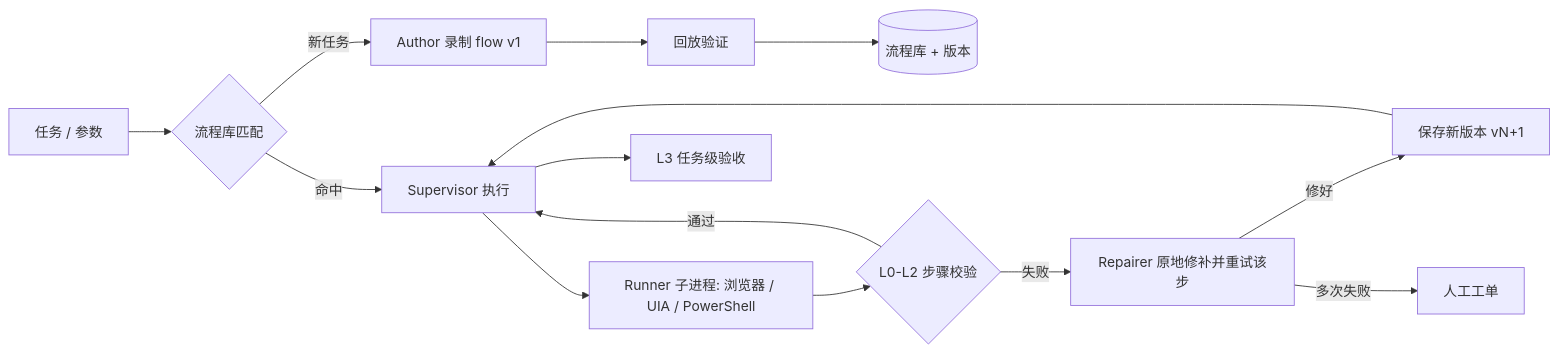
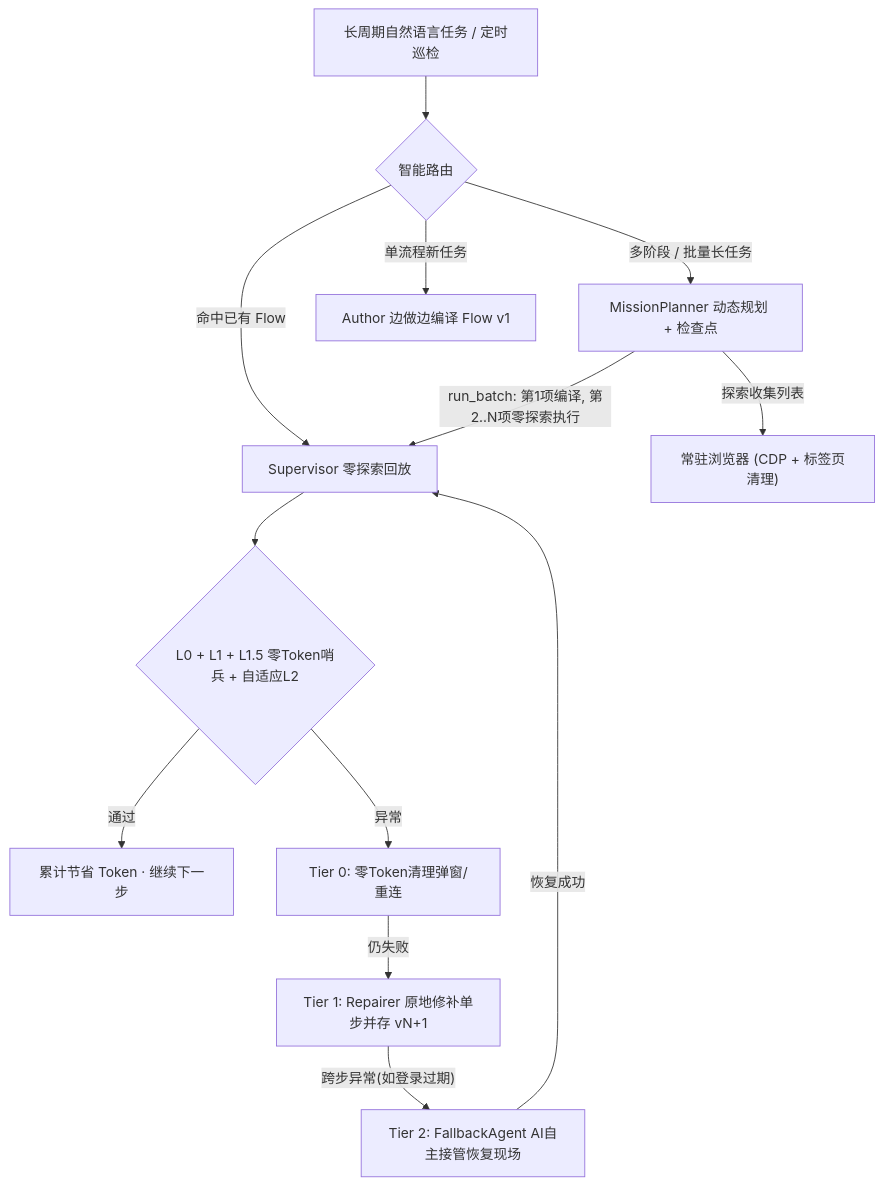
The diagram in README.md (yyy8080/cuaflow), drawn with Mermaid before and after one commit. The commit also changed other lines of this file and 44 other files, not shown here.

First line of the commit message:
Add autonomous long-horizon MissionPlanner, token-saving batch skill compilation, L1.5 Sentinel, Tier-2 Fallback, and continuous schedules

````diff
--- a/README.md
+++ b/README.md
@@ -11,14 +16,15 @@
 ```mermaid
-flowchart LR
-  U["任务 / 参数"] --> M{"流程库匹配"}
-  M -- "新任务" --> A["Author 录制 flow v1"]
-  M -- "命中" --> S["Supervisor 执行"]
-  A --> V["回放验证"] --> L[("流程库 + 版本")]
-  S --> R["Runner 子进程: 浏览器 / UIA / PowerShell"]
-  R --> C{"L0-L2 步骤校验"}
-  C -- "通过" --> S
-  C -- "失败" --> F["Repairer 原地修补并重试该步"]
-  F -- "修好" --> N["保存新版本 vN+1"] --> S
-  F -- "多次失败" --> T["人工工单"]
-  S --> J["L3 任务级验收"]
+flowchart TD
+  U["长周期自然语言任务 / 定时巡检"] --> RT{"智能路由"}
+  RT -- "命中已有 Flow" --> SUP["Supervisor 零探索回放"]
+  RT -- "多阶段 / 批量长任务" --> MP["MissionPlanner 动态规划 + 检查点"]
+  RT -- "单流程新任务" --> AU["Author 边做边编译 Flow v1"]
+  MP -- "探索收集列表" --> BR["常驻浏览器 (CDP + 标签页清理)"]
+  MP -- "run_batch: 第1项编译, 第2..N项零探索执行" --> SUP
+  SUP --> CHK{"L0 + L1 + L1.5 零Token哨兵 + 自适应L2"}
+  CHK -- "通过" --> SAVE_TOK["累计节省 Token · 继续下一步"]
+  CHK -- "异常" --> T0["Tier 0: 零Token清理弹窗/重连"]
+  T0 -- "仍失败" --> T1["Tier 1: Repairer 原地修补单步并存 vN+1"]
+  T1 -- "跨步异常(如登录过期)" --> T2["Tier 2: FallbackAgent AI自主接管恢复现场"]
+  T2 -- "恢复成功" --> SUP
 ```
````
